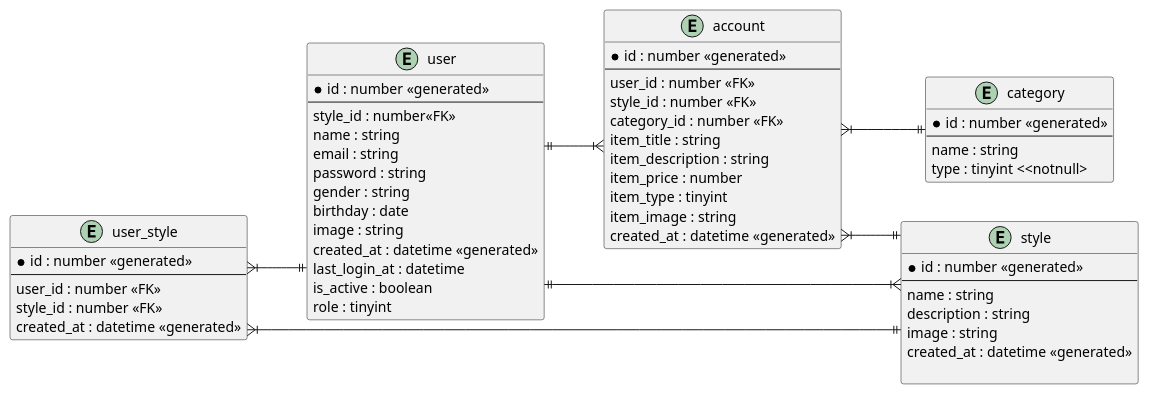
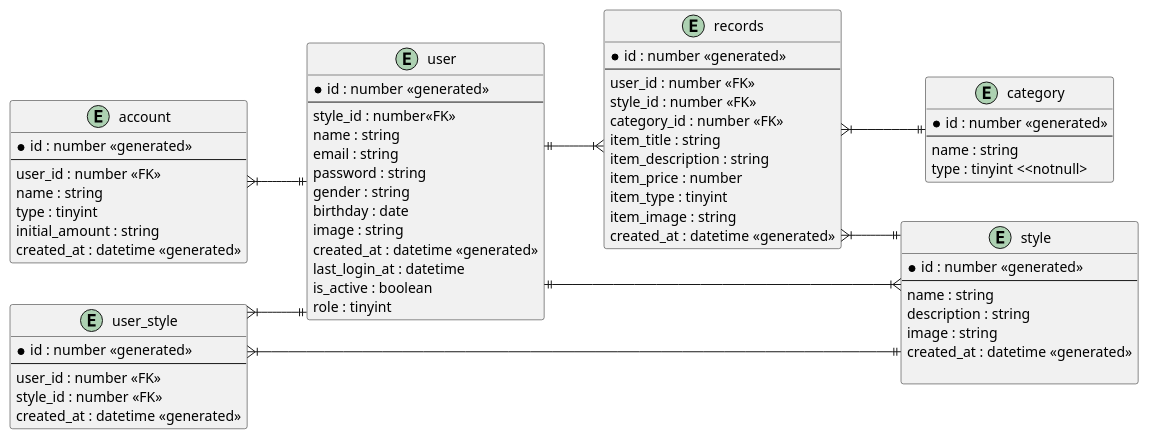
Before and after one commit to honeykokia/community-springboot: the diagram in src/main/java/com/example/demo/docs/er-diagram.puml, drawn with PlantUML.

Commit message:
debug continue

```diff
--- a/src/main/java/com/example/demo/docs/er-diagram.puml
+++ b/src/main/java/com/example/demo/docs/er-diagram.puml
@@ -1,80 +1,90 @@
 @startuml
 ' hide the spot
 ' hide circle
 
 ' avoid problems with angled crows feet
 skinparam linetype ortho
 
 left to right direction
 
 entity "user" as user {
     *id : number <<generated>>
     --
     style_id : number<<FK>>
     name : string
     email : string
     password : string
     gender : string
     birthday : date
     image : string
     created_at : datetime <<generated>>
     last_login_at : datetime
     is_active : boolean
     role : tinyint
 }
 
 entity "user_style" as user_style{
     *id : number <<generated>>
     --
     user_id : number <<FK>>
     style_id : number <<FK>>
     created_at : datetime <<generated>>
 }
 
 
 entity "style" as style {
     *id : number <<generated>>
     --
     name : string
     description : string
     image : string
     created_at : datetime <<generated>>
 
 }
 
-entity "account" as account{
+entity "records" as records{
     *id : number <<generated>>
     --
     user_id : number <<FK>>
     style_id : number <<FK>>
     category_id : number <<FK>>
     item_title : string
     item_description : string
     item_price : number
     item_type : tinyint
     item_image : string
+    created_at : datetime <<generated>>
+}
+entity "account" as account{
+    *id : number <<generated>>
+    --
+    user_id : number <<FK>>
+    name : string
+    type : tinyint
+    initial_amount : string
     created_at : datetime <<generated>>
 }
 
 entity "category" as category {
     *id : number <<generated>>
     --
     name : string
     type : tinyint <<notnull>
 }
 
     ' user ||--|{ style
     ' account }|--|| user
     ' account }|--|| style
     ' account }|--|| category
     ' user_style }|--|| user
     ' user_style }|--|| style
 
-    user ||--|{ account
-    account }|--|| category
-    account }|--|| style
+    user ||--|{ records
+    account }|--|| user
+    records }|--|| category
+    records }|--|| style
     user_style }|--|| user
     user_style }|--|| style
     user ||--|{ style
 
 @enduml
```
